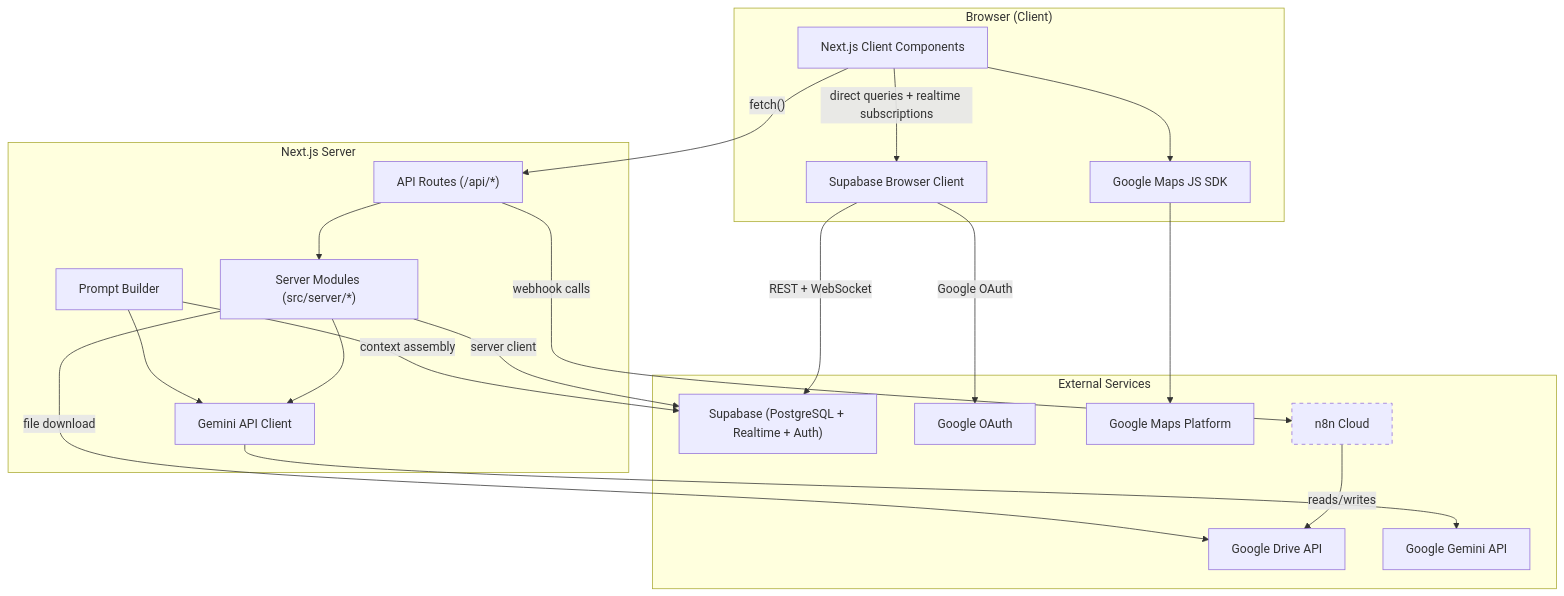
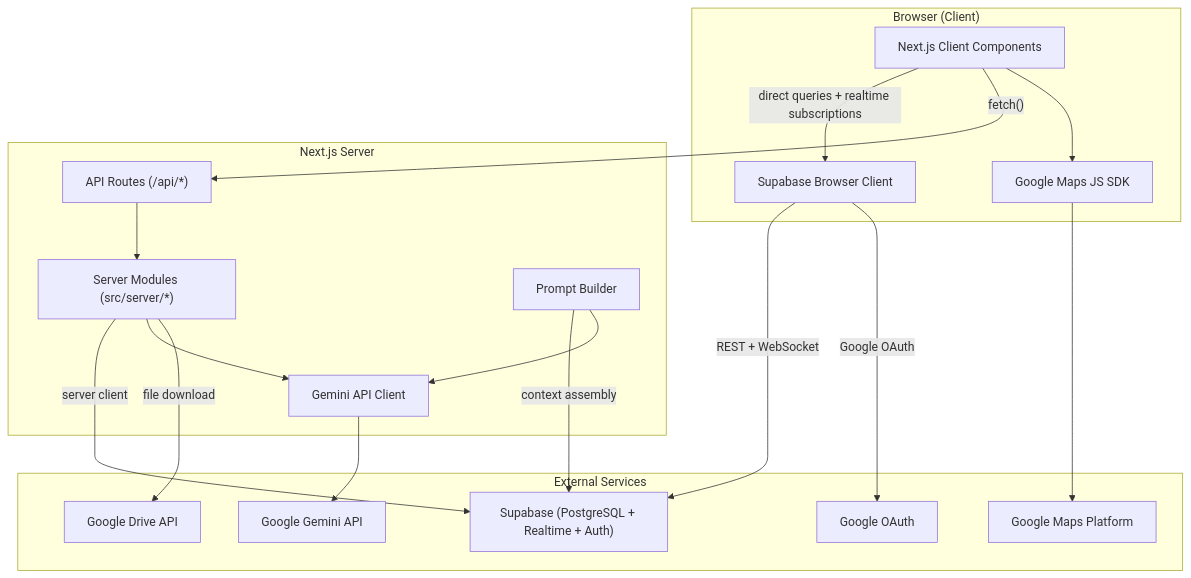
Before and after one commit to dougiefresh49/appraisal-comps-map: the first of 2 diagrams in docs/product/architecture-overview.md, drawn with Mermaid. The commit also changed other lines of this file and 33 other files, not shown here.

````diff
--- a/docs/product/architecture-overview.md
+++ b/docs/product/architecture-overview.md
@@ -23,42 +22,38 @@
 ```mermaid
 flowchart TB
     subgraph browser ["Browser (Client)"]
         UI["Next.js Client Components"]
         SB_Client["Supabase Browser Client"]
         Maps["Google Maps JS SDK"]
     end
 
     subgraph server ["Next.js Server"]
         API["API Routes (/api/*)"]
         ServerActions["Server Modules (src/server/*)"]
         Gemini["Gemini API Client"]
         PromptBuilder["Prompt Builder"]
     end
 
     subgraph external ["External Services"]
         Supabase["Supabase (PostgreSQL + Realtime + Auth)"]
         GAuth["Google OAuth"]
         GMaps["Google Maps Platform"]
         GDrive["Google Drive API"]
         GeminiAPI["Google Gemini API"]
-        N8N["n8n Cloud"]
     end
 
     UI -->|"direct queries + realtime subscriptions"| SB_Client
     SB_Client -->|"REST + WebSocket"| Supabase
     UI -->|"fetch()"| API
     API --> ServerActions
     ServerActions -->|"server client"| Supabase
     ServerActions --> Gemini
     Gemini --> GeminiAPI
     PromptBuilder -->|"context assembly"| Supabase
     PromptBuilder --> Gemini
     UI --> Maps
     Maps --> GMaps
     SB_Client -->|"Google OAuth"| GAuth
-    API -->|"webhook calls"| N8N
-    N8N -->|"reads/writes"| GDrive
     ServerActions -->|"file download"| GDrive
 
-    style N8N stroke-dasharray: 5 5
 ```
````
